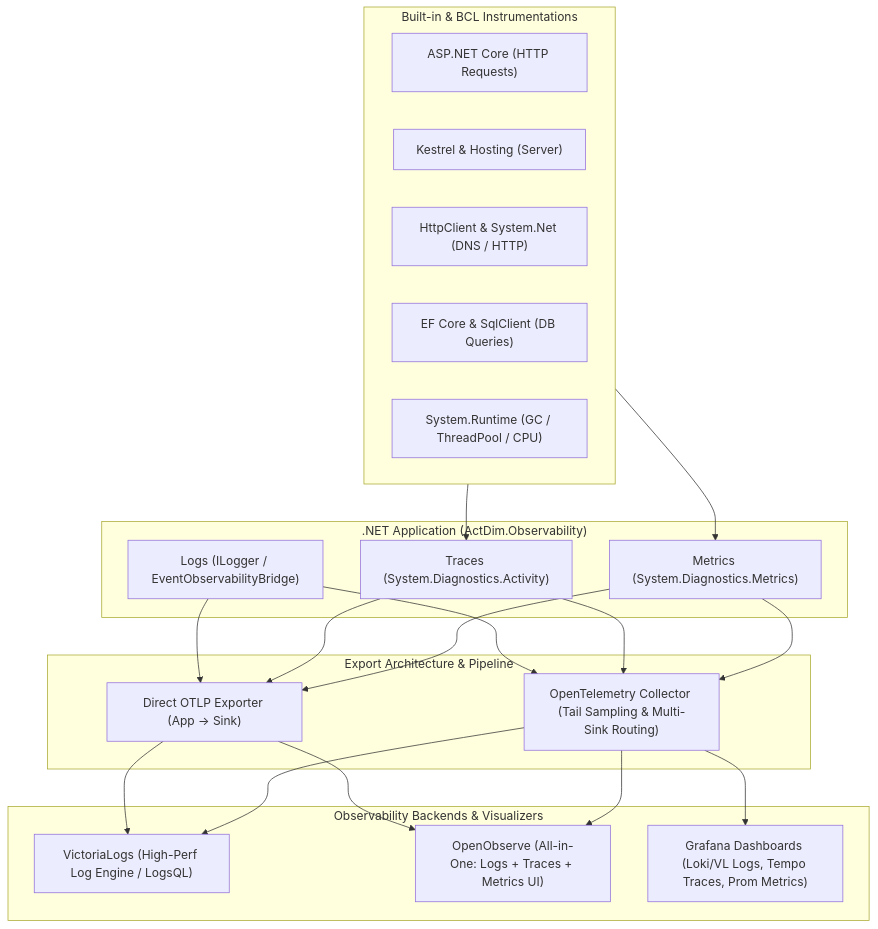
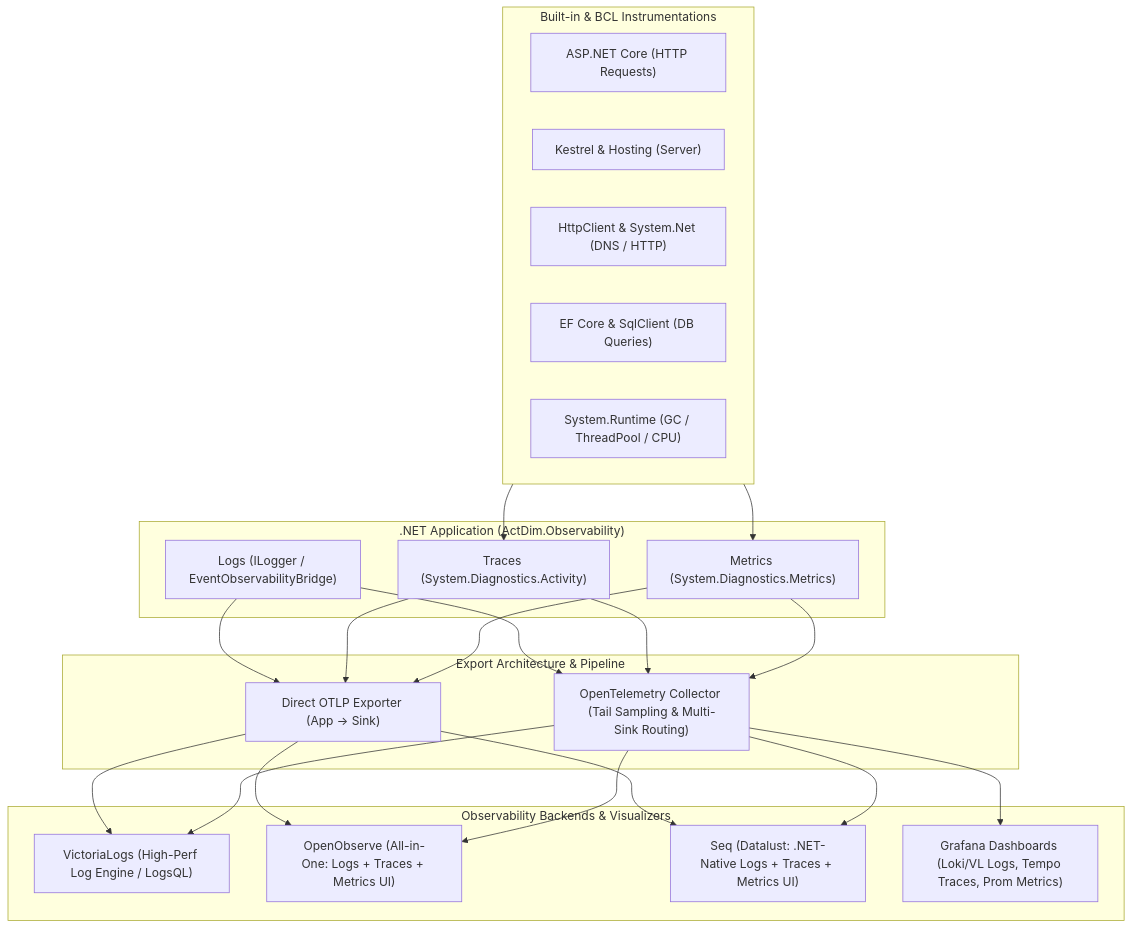
Before and after one commit to actdim/practix: the first of 3 diagrams in ActDim.Observability/README.md, drawn with Mermaid. The commit also changed other lines of this file, not shown here.

Commit message:
docs(observability): add Seq (Datalust) to architecture overview, pipeline flow, and developer setup guides

````diff
--- a/ActDim.Observability/README.md
+++ b/ActDim.Observability/README.md
@@ -48,44 +49,47 @@
 ```mermaid
 flowchart TD
     subgraph App[".NET Application (ActDim.Observability)"]
         Logs["Logs (ILogger / EventObservabilityBridge)"]
         Traces["Traces (System.Diagnostics.Activity)"]
         Metrics["Metrics (System.Diagnostics.Metrics)"]
     end
 
     subgraph Instrumentations["Built-in & BCL Instrumentations"]
         ASPNET["ASP.NET Core (HTTP Requests)"]
         Kestrel["Kestrel & Hosting (Server)"]
         HTTP["HttpClient & System.Net (DNS / HTTP)"]
         EF["EF Core & SqlClient (DB Queries)"]
         Runtime["System.Runtime (GC / ThreadPool / CPU)"]
     end
 
     subgraph Collection["Export Architecture & Pipeline"]
         Direct["Direct OTLP Exporter (App -> Sink)"]
         Collector["OpenTelemetry Collector (Tail Sampling & Multi-Sink Routing)"]
     end
 
     subgraph Sinks["Observability Backends & Visualizers"]
         VL["VictoriaLogs (High-Perf Log Engine / LogsQL)"]
         OO["OpenObserve (All-in-One: Logs + Traces + Metrics UI)"]
+        Seq["Seq (Datalust: .NET-Native Logs + Traces + Metrics UI)"]
         Grafana["Grafana Dashboards (Loki/VL Logs, Tempo Traces, Prom Metrics)"]
     end
 
     Instrumentations --> Traces
     Instrumentations --> Metrics
 
     Logs --> Direct
     Traces --> Direct
     Metrics --> Direct
 
     Logs --> Collector
     Traces --> Collector
     Metrics --> Collector
 
     Direct --> VL
     Direct --> OO
+    Direct --> Seq
     Collector --> VL
     Collector --> OO
+    Collector --> Seq
     Collector --> Grafana
 ```
````
